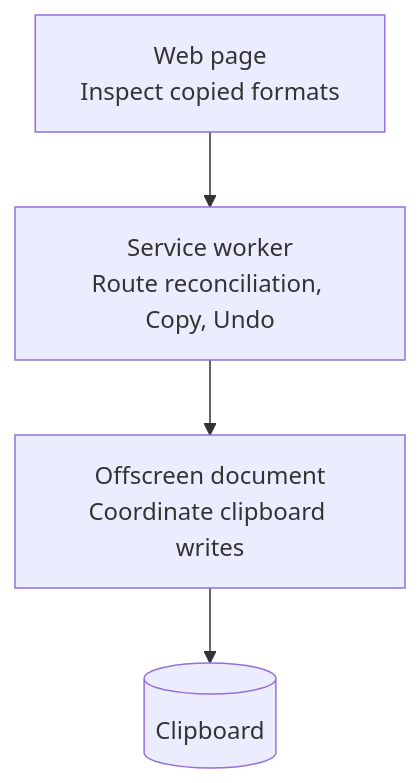
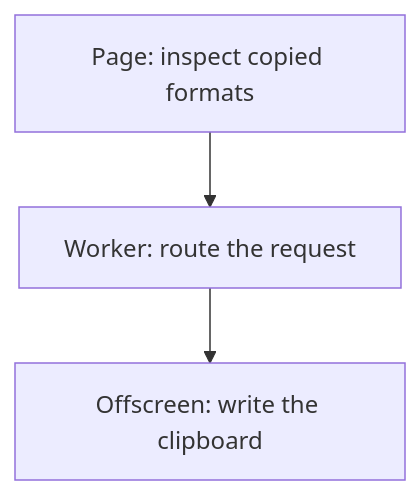
The diagram in README.md (pszemraj/utm-randomizer), drawn with Mermaid before and after one commit. The commit also changed other lines of this file, not shown here.

````diff
--- a/README.md
+++ b/README.md
@@ -69,6 +69,5 @@
 ```mermaid
 flowchart TD
-  page["Web page<br/>Inspect copied formats"] --> worker["Service worker<br/>Route reconciliation, Copy, Undo"]
-  worker --> writer["Offscreen document<br/>Coordinate clipboard writes"]
-  writer --> clipboard[("Clipboard")]
+  page["Page: inspect copied formats"] --> worker["Worker: route the request"]
+  worker --> writer["Offscreen: write the clipboard"]
 ```
````
